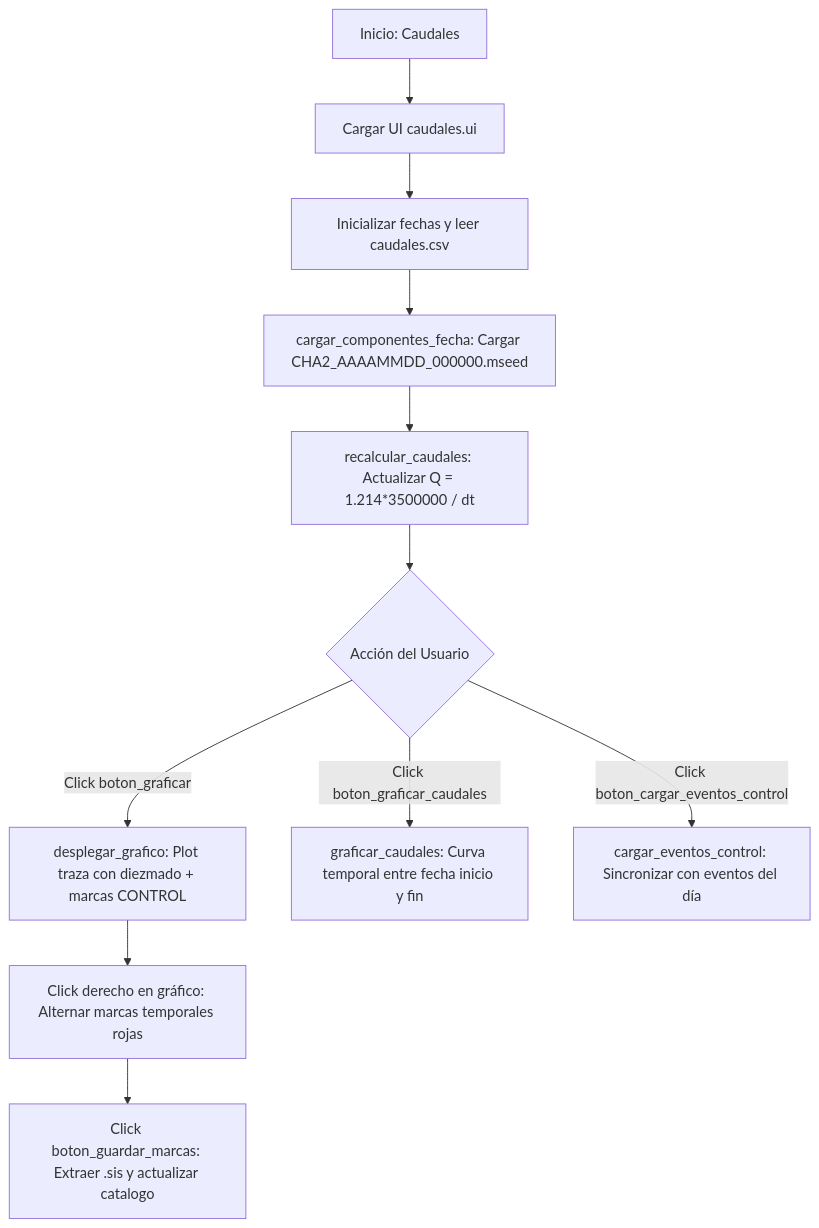
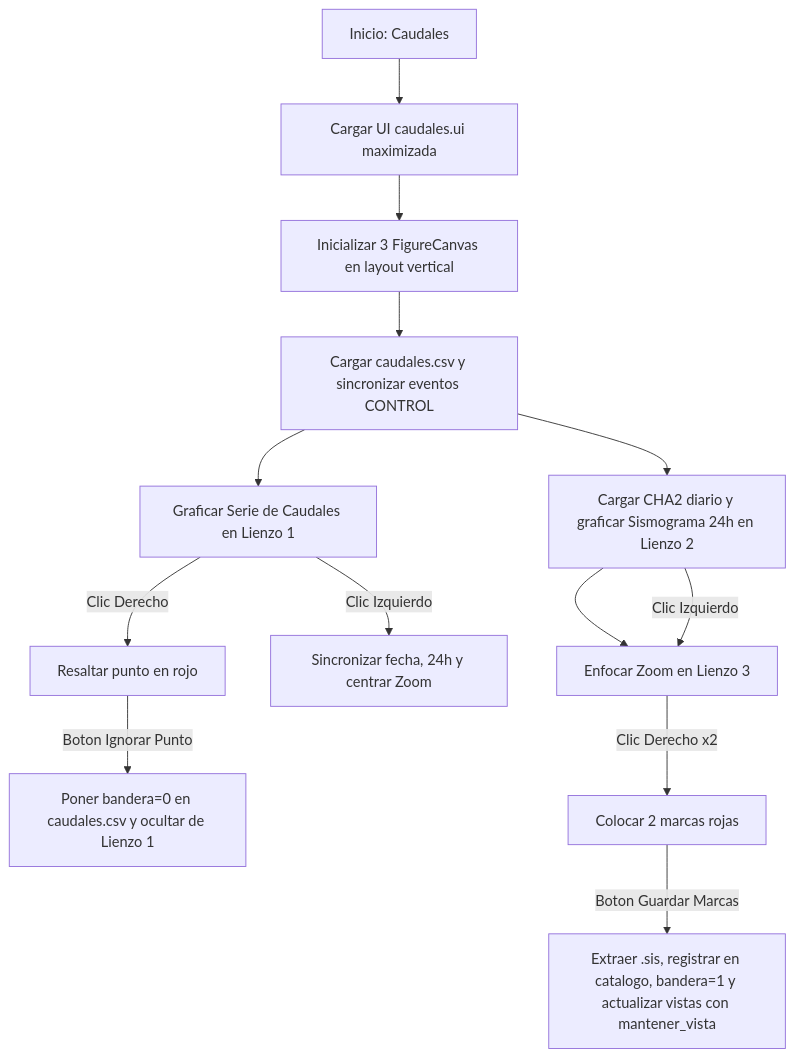
Before and after one commit to RedSismicaAustro/rsa_sismologia: the diagram in modulos externos/caudales_filtraciones_contx.md, drawn with Mermaid. The commit also changed other lines of this file and 8 other files, not shown here.

````diff
--- a/modulos externos/caudales_filtraciones_contx.md
+++ b/modulos externos/caudales_filtraciones_contx.md
@@ -36,13 +45,19 @@
 ```mermaid
 flowchart TD
-    A[Inicio: Caudales] --> B[Cargar UI caudales.ui]
-    B --> C[Inicializar fechas y leer caudales.csv]
-    C --> D[cargar_componentes_fecha: Cargar CHA2_AAAAMMDD_000000.mseed]
-    D --> E[recalcular_caudales: Actualizar Q = 1.214*3500000 / dt]
-    E --> F{Acción del Usuario}
-    F -- Click boton_graficar --> G[desplegar_grafico: Plot traza con diezmado + marcas CONTROL]
-    G --> H[Click derecho en gráfico: Alternar marcas temporales rojas]
-    H --> I[Click boton_guardar_marcas: Extraer .sis y actualizar catalogo]
-    F -- Click boton_graficar_caudales --> J[graficar_caudales: Curva temporal entre fecha inicio y fin]
-    F -- Click boton_cargar_eventos_control --> K[cargar_eventos_control: Sincronizar con eventos del día]
+    A[Inicio: Caudales] --> B[Cargar UI caudales.ui maximizada]
+    B --> C[Inicializar 3 FigureCanvas en layout vertical]
+    C --> D[Cargar caudales.csv y sincronizar eventos CONTROL]
+    D --> E[Graficar Serie de Caudales en Lienzo 1]
+    D --> F[Cargar CHA2 diario y graficar Sismograma 24h en Lienzo 2]
+    F --> G[Enfocar Zoom en Lienzo 3]
+
+    %% Interacciones
+    E -- Clic Izquierdo --> H[Sincronizar fecha, 24h y centrar Zoom]
+    E -- Clic Derecho --> I[Resaltar punto en rojo]
+    I -- Boton Ignorar Punto --> J[Poner bandera=0 en caudales.csv y ocultar de Lienzo 1]
+    
+    F -- Clic Izquierdo --> G
+    
+    G -- Clic Derecho x2 --> K[Colocar 2 marcas rojas]
+    K -- Boton Guardar Marcas --> L[Extraer .sis, registrar en catalogo, bandera=1 y actualizar vistas con mantener_vista]
 ```
````
